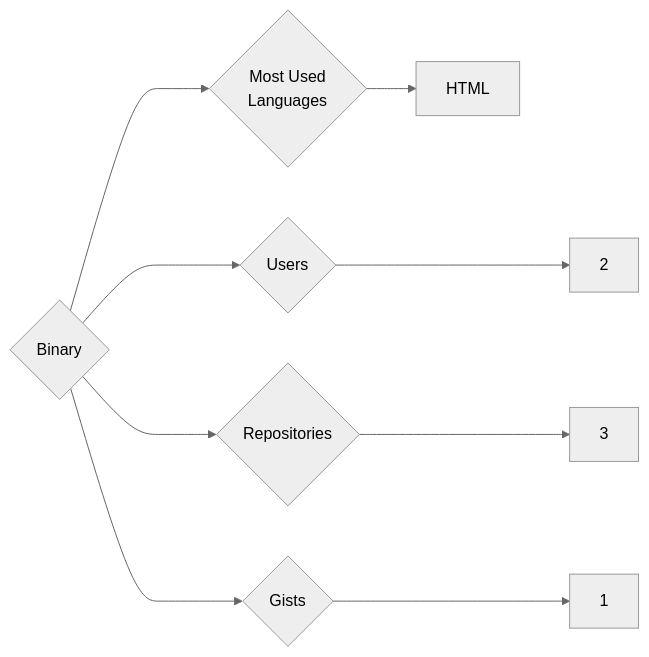
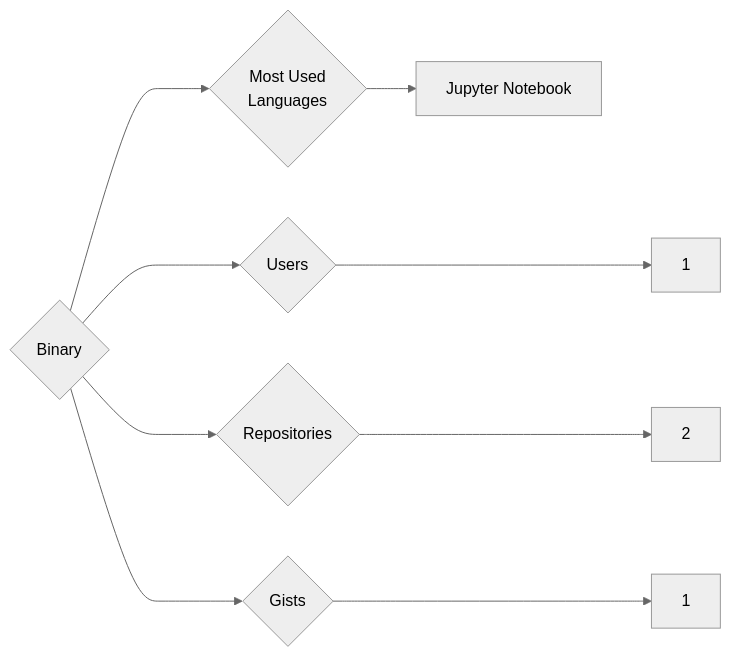
The diagram in targets/Binary/README.md (trickest/insiders), drawn with Mermaid (neutral theme) before and after one commit. The commit also changed 682 other files, not shown here.

````diff
--- a/targets/Binary/README.md
+++ b/targets/Binary/README.md
@@ -3,9 +3,9 @@
 ```mermaid
 graph LR
 COMPANY_NAME{Binary}
-COMPANY_NAME ---> U{Users} ---> UN[2]
-COMPANY_NAME ---> R{Repositories} ---> RN[3]
+COMPANY_NAME ---> U{Users} ---> UN[1]
+COMPANY_NAME ---> R{Repositories} ---> RN[2]
 COMPANY_NAME ---> G{Gists} ---> GN[1]
 COMPANY_NAME ---> ML{Most Used<br>Languages}
-ML --> HTML[HTML]
+ML --> Jupyter_Notebook[Jupyter Notebook]
 ```
````
